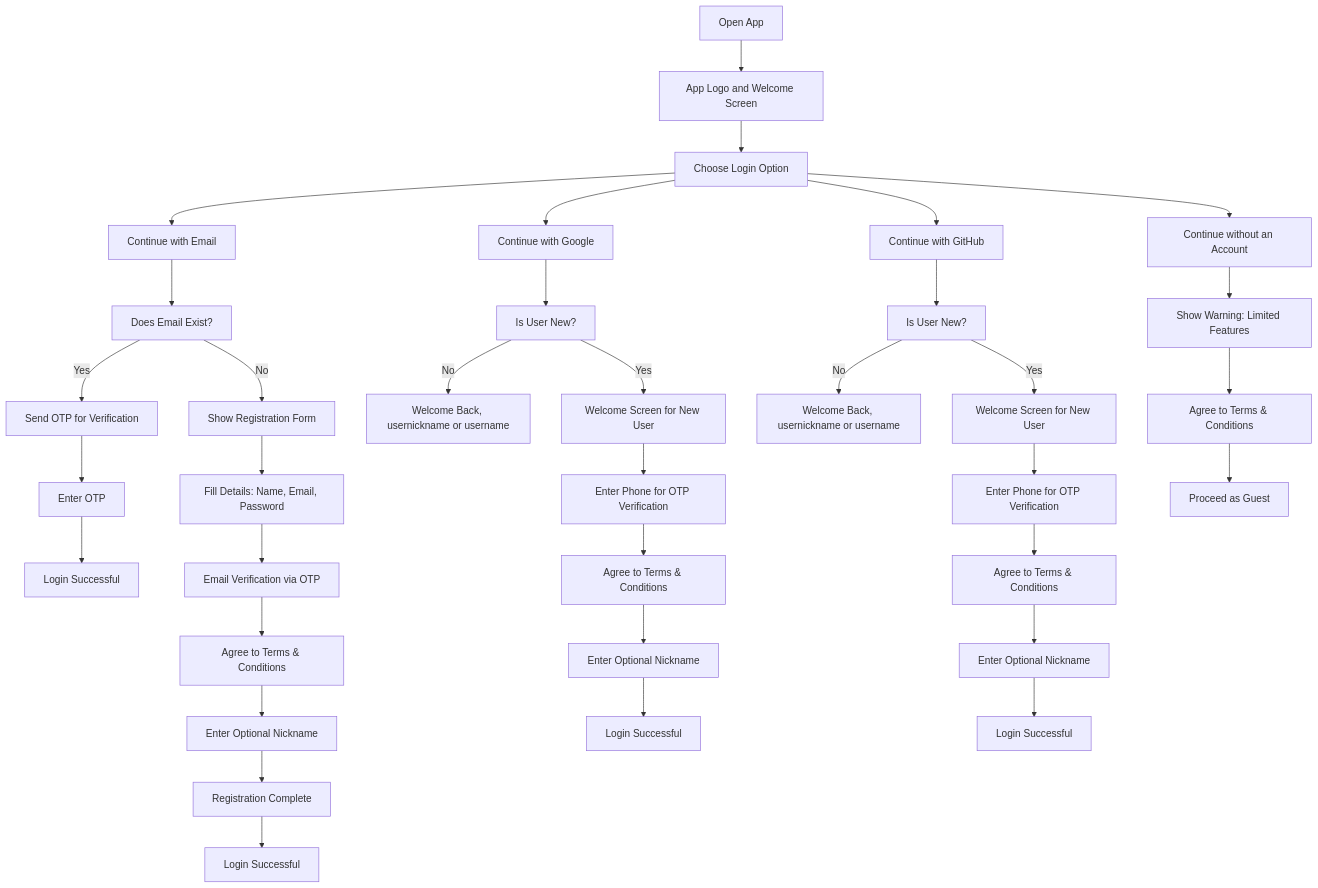
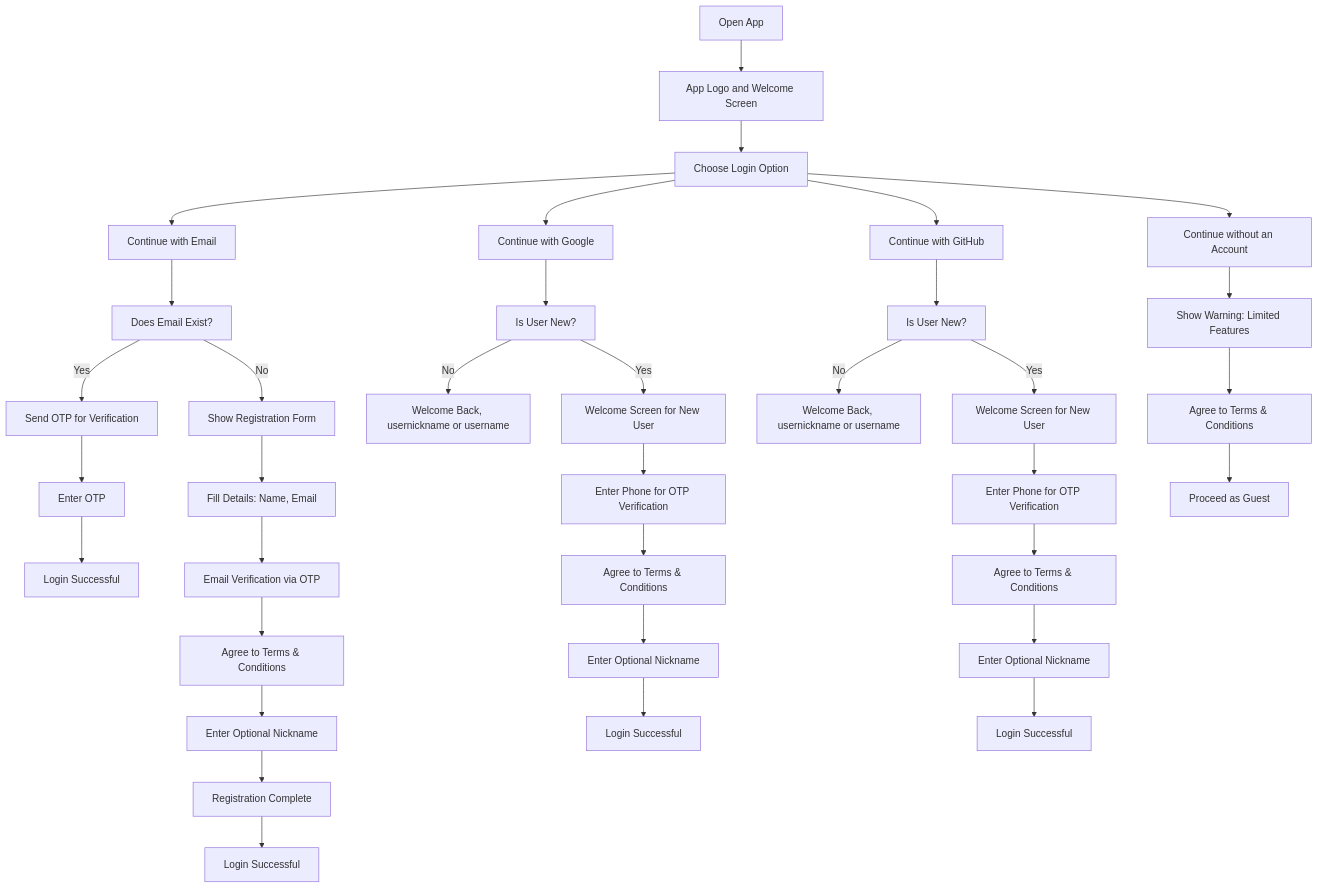
Before and after one commit to ivin-titus/ReSmart: the diagram in Design/ux-flowchart.md, drawn with Mermaid.

Commit message:
Rough Design of UI/UX for User Login: fixed typo

````diff
--- a/Design/ux-flowchart.md
+++ b/Design/ux-flowchart.md
@@ -6,48 +6,48 @@
 ```mermaid
 flowchart TD
     %% Main App Entry
     Start[Open App] --> Logo[App Logo and Welcome Screen]
     Logo --> LoginOptions[Choose Login Option]
 
     %% Login Options
     LoginOptions --> Email[Continue with Email]
     LoginOptions --> Google[Continue with Google]
     LoginOptions --> GitHub[Continue with GitHub]
     LoginOptions --> Guest[Continue without an Account]
 
     %% Email Login
     Email --> CheckEmail[Does Email Exist?]
     CheckEmail -->|Yes| SendOTP[Send OTP for Verification]
     SendOTP --> EnterOTP[Enter OTP]
     EnterOTP --> Verified[Login Successful]
     CheckEmail -->|No| EmailRegister[Show Registration Form]
-    EmailRegister --> FillDetails[Fill Details: Name, Email, Password]
+    EmailRegister --> FillDetails[Fill Details: Name, Email]
     FillDetails --> VerifyEmail[Email Verification via OTP]
     VerifyEmail --> AgreeTC1[Agree to Terms & Conditions]
     AgreeTC1 --> OptionalNick1[Enter Optional Nickname]
     OptionalNick1 --> CompleteReg1[Registration Complete]
     CompleteReg1 --> LoginSuccess1[Login Successful]
 
     %% Google Login
     Google --> CheckGoogle[Is User New?]
     CheckGoogle -->|No| GoogleLogin[Welcome Back, usernickname or username]
     CheckGoogle -->|Yes| GoogleRegister[Welcome Screen for New User]
     GoogleRegister --> PhoneVerification1[Enter Phone for OTP Verification]
     PhoneVerification1 --> AgreeTC2[Agree to Terms & Conditions]
     AgreeTC2 --> OptionalNick2[Enter Optional Nickname]
     OptionalNick2 --> GoogleLoginComplete[Login Successful]
 
     %% GitHub Login
     GitHub --> CheckGitHub[Is User New?]
     CheckGitHub -->|No| GitHubLogin[Welcome Back, usernickname or username]
     CheckGitHub -->|Yes| GitHubRegister[Welcome Screen for New User]
     GitHubRegister --> PhoneVerification2[Enter Phone for OTP Verification]
     PhoneVerification2 --> AgreeTC3[Agree to Terms & Conditions]
     AgreeTC3 --> OptionalNick3[Enter Optional Nickname]
     OptionalNick3 --> GitHubLoginComplete[Login Successful]
 
     %% Guest Access
     Guest --> GuestWarn[Show Warning: Limited Features]
     GuestWarn --> AgreeTC4[Agree to Terms & Conditions]
     AgreeTC4 --> GuestProceed[Proceed as Guest]
 ```
````
